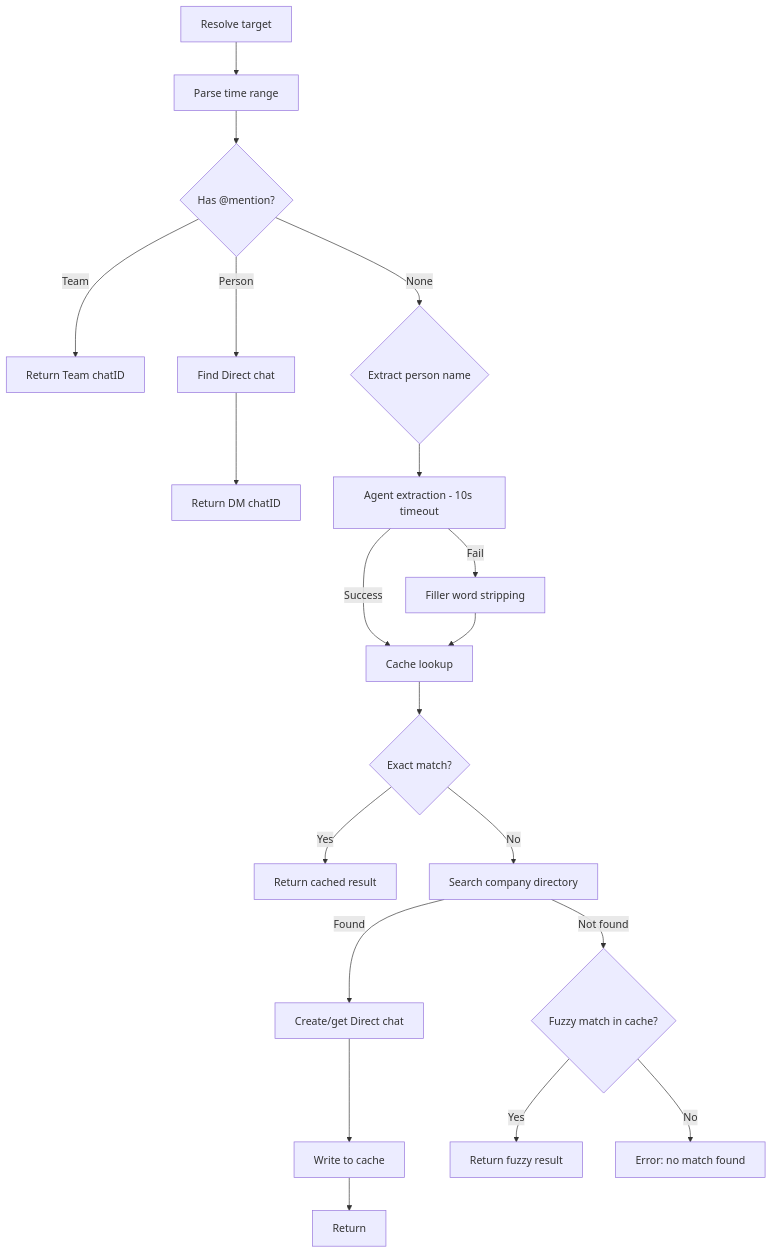
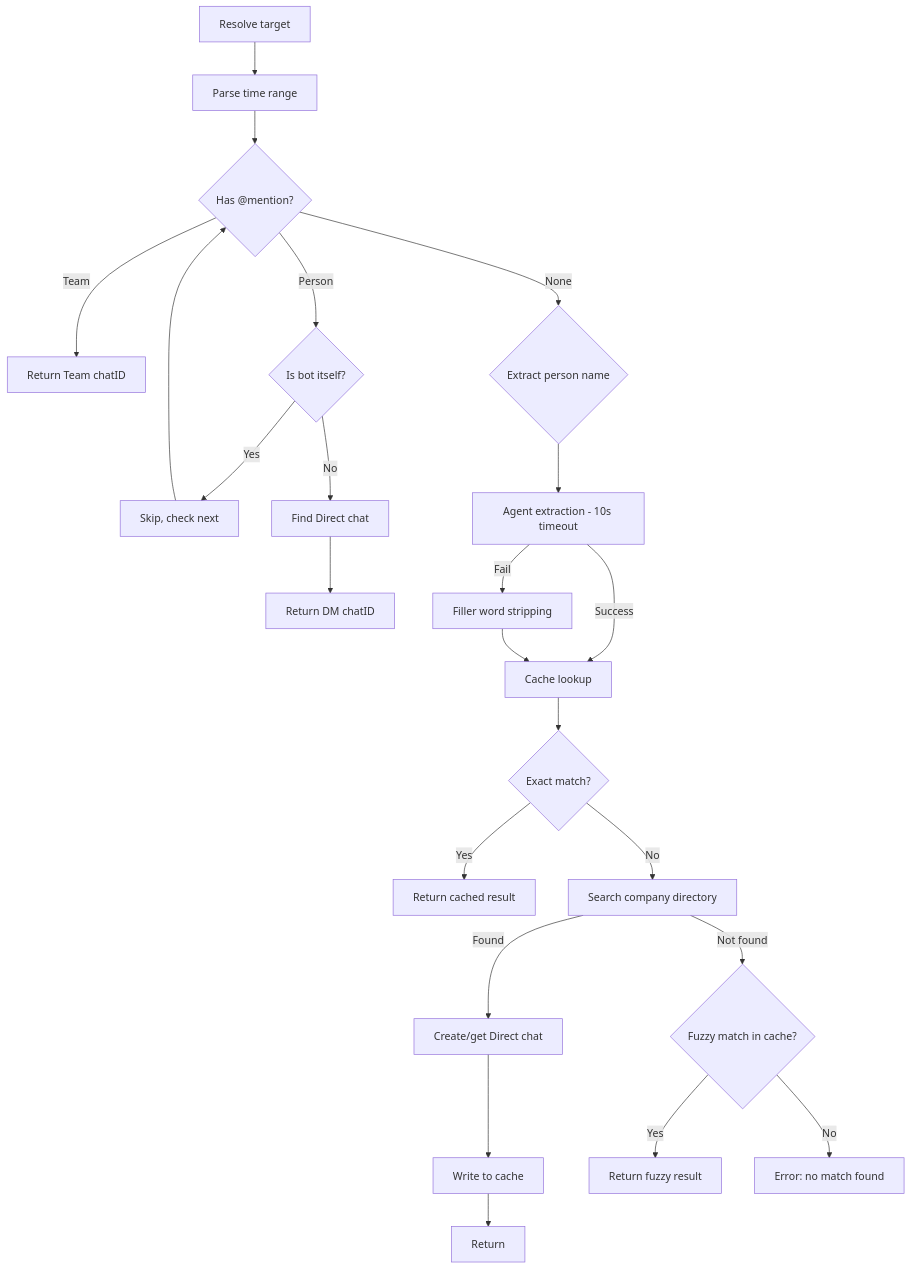
One commit to ringclaw/ringclaw changed the second of 3 diagrams in docs/features/summarize.md. Above: the diagram before and after it, drawn with Mermaid. The commit also changed other lines of this file and 1 other file, not shown here.

Commit message:
docs: update summarize docs with absolute dates and bot mention skip

````diff
--- a/docs/features/summarize.md
+++ b/docs/features/summarize.md
@@ -49,22 +49,25 @@
 ```mermaid
 flowchart TD
     Start[Resolve target] --> Time[Parse time range]
     Time --> Mention{Has @mention?}
     Mention -->|Team| Done1[Return Team chatID]
-    Mention -->|Person| FindDM[Find Direct chat]
+    Mention -->|Person| BotCheck{Is bot itself?}
+    BotCheck -->|Yes| Skip[Skip, check next]
+    Skip --> Mention
+    BotCheck -->|No| FindDM[Find Direct chat]
     FindDM --> Done2[Return DM chatID]
     Mention -->|None| ExtractName{Extract person name}
     ExtractName --> AgentExtract[Agent extraction - 10s timeout]
     AgentExtract -->|Success| Lookup
     AgentExtract -->|Fail| FillerStrip[Filler word stripping]
     FillerStrip --> Lookup[Cache lookup]
     Lookup --> CacheExact{Exact match?}
     CacheExact -->|Yes| Done3[Return cached result]
     CacheExact -->|No| Directory[Search company directory]
     Directory -->|Found| CreateConv[Create/get Direct chat]
     CreateConv --> Cache[Write to cache]
     Cache --> Done4[Return]
     Directory -->|Not found| CacheFuzzy{Fuzzy match in cache?}
     CacheFuzzy -->|Yes| Done5[Return fuzzy result]
     CacheFuzzy -->|No| Error[Error: no match found]
 ```
````
